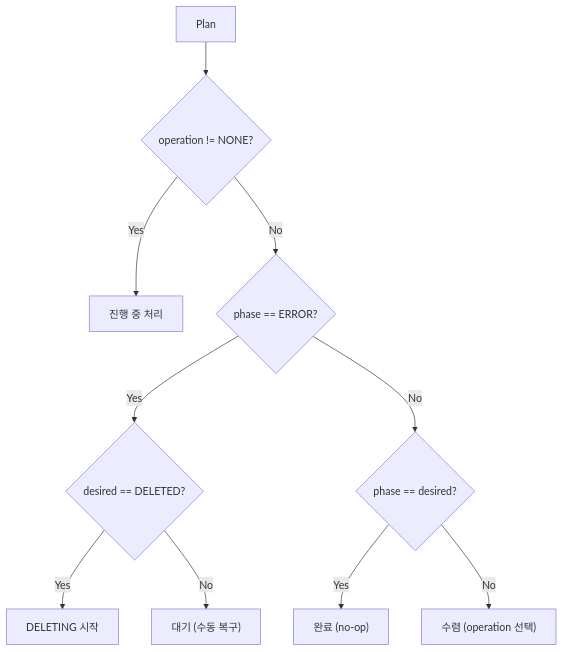
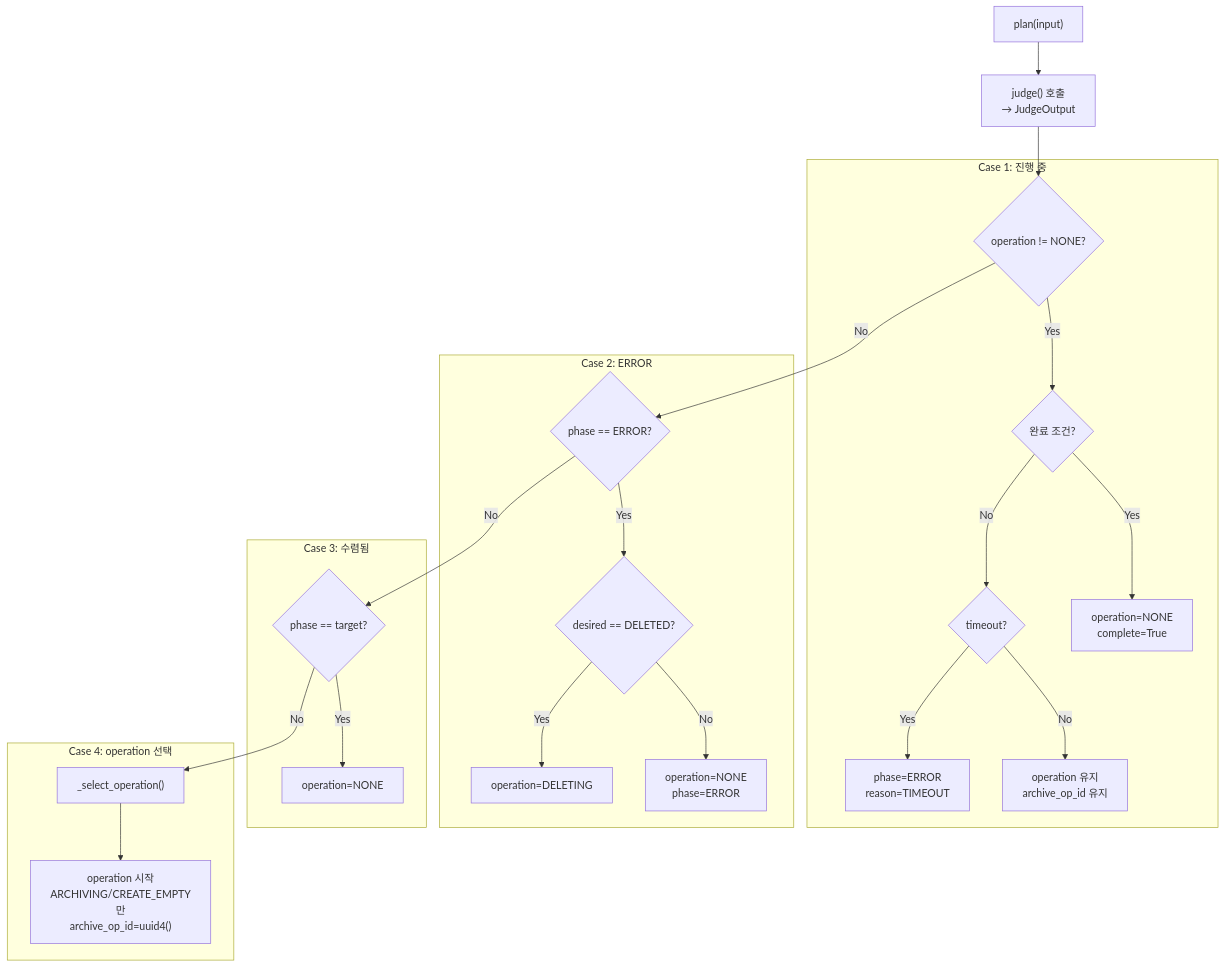
Before and after one commit to cagojeiger/code-hub: the second of 3 diagrams in docs/architecture/wc.md, drawn with Mermaid. The commit also changed other lines of this file and 2 other files, not shown here.

First line of the commit message:
docs: consolidate WC architecture docs

````diff
--- a/docs/architecture/wc.md
+++ b/docs/architecture/wc.md
@@ -97,23 +160,45 @@
 ```mermaid
-flowchart TD
-    START["Plan"]
-    OP{"operation != NONE?"}
-    INPROG["진행 중 처리"]
-    ERR{"phase == ERROR?"}
-    DEL{"desired == DELETED?"}
-    DELETING["DELETING 시작"]
-    WAIT["대기 (수동 복구)"]
-    MATCH{"phase == desired?"}
-    DONE["완료 (no-op)"]
-    CONVERGE["수렴 (operation 선택)"]
+flowchart TB
+    START["plan(input)"]
+    JUDGE["judge() 호출<br/>→ JudgeOutput"]
 
-    START --> OP
-    OP -->|Yes| INPROG
-    OP -->|No| ERR
-    ERR -->|Yes| DEL
-    DEL -->|Yes| DELETING
-    DEL -->|No| WAIT
-    ERR -->|No| MATCH
-    MATCH -->|Yes| DONE
-    MATCH -->|No| CONVERGE
+    subgraph Case1["Case 1: 진행 중"]
+        OP{"operation != NONE?"}
+        COMP{"완료 조건?"}
+        TIMEOUT{"timeout?"}
+        COMPLETE["operation=NONE<br/>complete=True"]
+        ERR_TIMEOUT["phase=ERROR<br/>reason=TIMEOUT"]
+        RETRY["operation 유지<br/>archive_op_id 유지"]
+    end
+
+    subgraph Case2["Case 2: ERROR"]
+        IS_ERR{"phase == ERROR?"}
+        WANT_DEL{"desired == DELETED?"}
+        DELETING["operation=DELETING"]
+        WAIT["operation=NONE<br/>phase=ERROR"]
+    end
+
+    subgraph Case3["Case 3: 수렴됨"]
+        CONV{"phase == target?"}
+        NOOP["operation=NONE"]
+    end
+
+    subgraph Case4["Case 4: operation 선택"]
+        SELECT["_select_operation()"]
+        NEW_OP["operation 시작<br/>ARCHIVING/CREATE_EMPTY만<br/>archive_op_id=uuid4()"]
+    end
+
+    START --> JUDGE --> OP
+    OP -->|Yes| COMP
+    COMP -->|Yes| COMPLETE
+    COMP -->|No| TIMEOUT
+    TIMEOUT -->|Yes| ERR_TIMEOUT
+    TIMEOUT -->|No| RETRY
+    OP -->|No| IS_ERR
+    IS_ERR -->|Yes| WANT_DEL
+    WANT_DEL -->|Yes| DELETING
+    WANT_DEL -->|No| WAIT
+    IS_ERR -->|No| CONV
+    CONV -->|Yes| NOOP
+    CONV -->|No| SELECT --> NEW_OP
 ```
````
